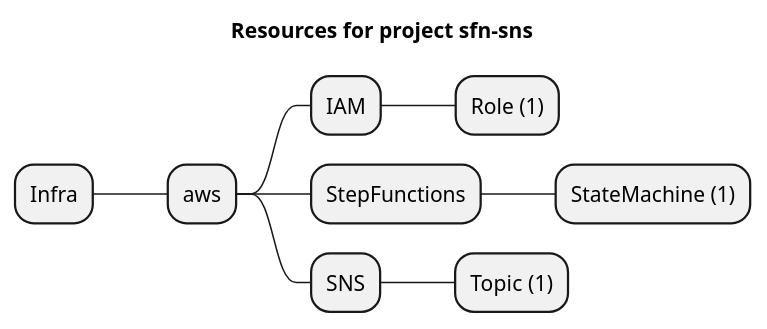
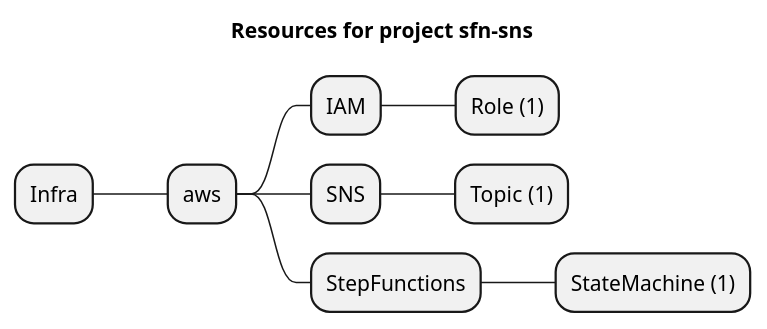
Before and after one commit to grucloud/grucloud: the diagram in examples/aws/serverless-patterns/sfn-sns/artifacts/resources-mindmap.puml, drawn with PlantUML. The commit also changed other lines of this file and 52 other files, not shown here.

```diff
--- a/examples/aws/serverless-patterns/sfn-sns/artifacts/resources-mindmap.puml
+++ b/examples/aws/serverless-patterns/sfn-sns/artifacts/resources-mindmap.puml
@@ -1,12 +1,12 @@
 @startmindmap
 title Resources for project sfn-sns
 skinparam monochrome true
 + Infra
 ++ aws
 +++ IAM
 ++++ Role (1)
++++ SNS
+++++ Topic (1)
 +++ StepFunctions
 ++++ StateMachine (1)
-+++ SNS
-++++ Topic (1)
 @endmindmap
```
